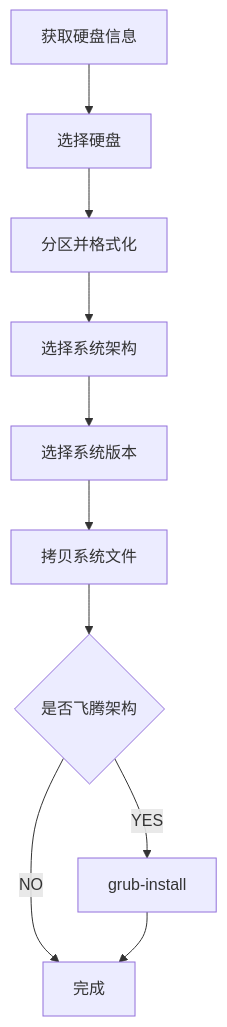
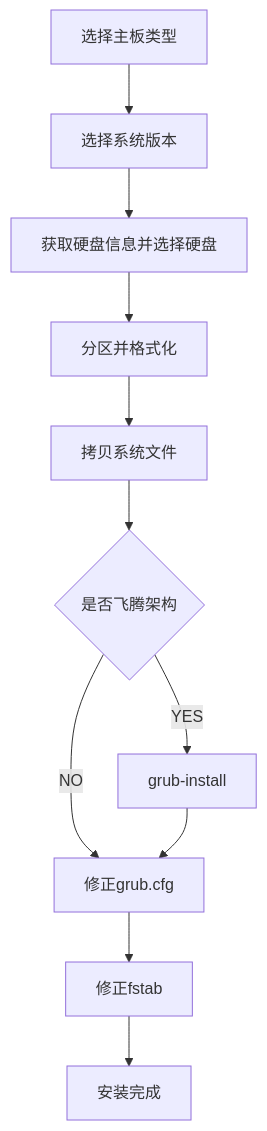
One commit to xichaoli/make_os_disk changed the diagram in README.md. Above: the diagram before and after it, drawn with Mermaid. The commit also changed other lines of this file, not shown here.

Commit message:
docs: 修改README文件
1.更新了程序工作流程
2.加入了 TODO

````diff
--- a/README.md
+++ b/README.md
@@ -5,8 +7,11 @@
 ```mermaid
 graph TD
-    A[获取硬盘信息] --> B[选择硬盘] --> C[分区并格式化]
-    C --> D[选择系统架构] --> E[选择系统版本] --> F[拷贝系统文件]
-    F --> G{是否飞腾架构} 
-    G --NO--> H[完成]
-    G --YES--> I[grub-install] --> H
+    A[选择主板类型] --> B[选择系统版本]
+    B --> C[获取硬盘信息并选择硬盘] --> D[分区并格式化]
+    D --> E[拷贝系统文件]
+    E --> F{是否飞腾架构} 
+    F --YES--> G[grub-install]
+    F --NO--> H[修正grub.cfg]
+    G --> H --> I[修正fstab] --> J[安装完成]
+    
 ```
````
